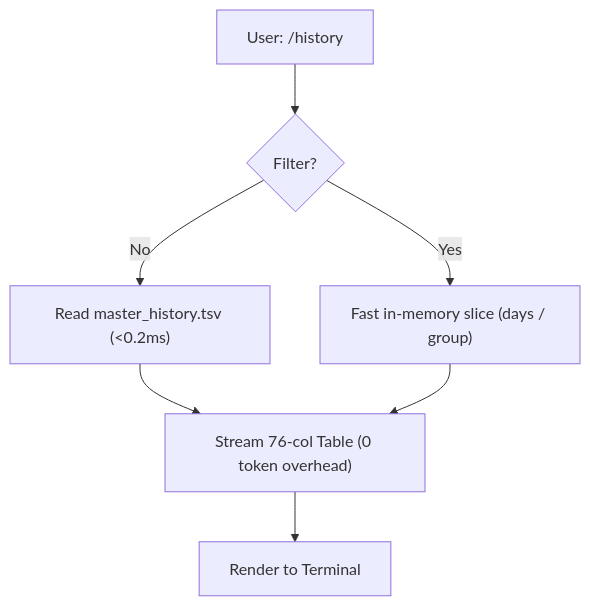
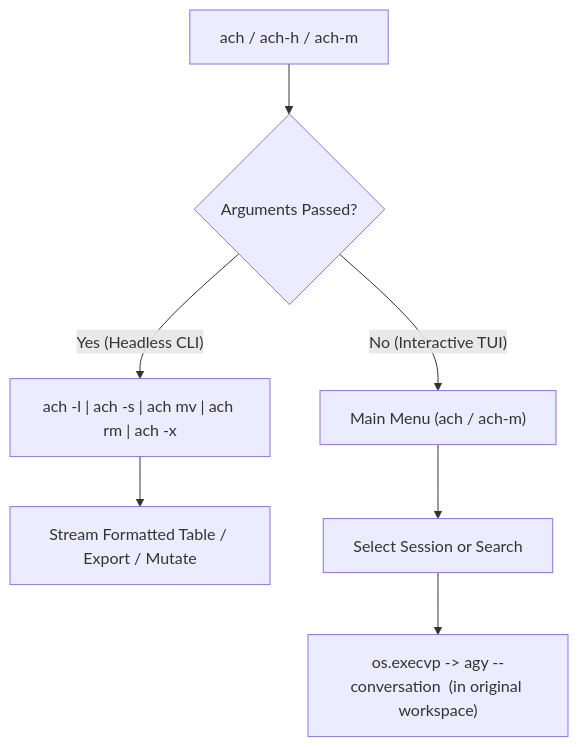
One commit to AshraArc/-antigravity-chat-manager changed the second of 3 diagrams in README.md. Above: the diagram before and after it, drawn with Mermaid. The commit also changed other lines of this file and 15 other files, not shown here.

Commit message:
refactor: shift 100% to SQLite (remove TSV), rename sessionlist to ach, and overhaul README

````diff
--- a/README.md
+++ b/README.md
@@ -112,9 +71,9 @@
 ```mermaid
 flowchart TD
-    In["User: /history"] --> Q{"Filter?"}
-    Q -- "No" --> A1["Read master_history.tsv (<0.2ms)"]
-    A1 --> Out["Stream 76-col Table (0 token overhead)"]
-    Q -- "Yes" --> B1["Fast in-memory slice (days / group)"]
-    B1 --> Out
-    Out --> UI["Render to Terminal"]
+    Entry["ach / ach-h / ach-m"] --> Mode{"Arguments Passed?"}
+    Mode -- "Yes (Headless CLI)" --> CLI["ach -l | ach -s | ach mv | ach rm | ach -x"]
+    CLI --> Out["Stream Formatted Table / Export / Mutate"]
+    Mode -- "No (Interactive TUI)" --> TUI["Main Menu (ach / ach-m)"]
+    TUI --> Pick["Select Session <num> or Search"]
+    Pick --> Exec["os.execvp -> agy --conversation <cid> (in original workspace)"]
 ```
````
